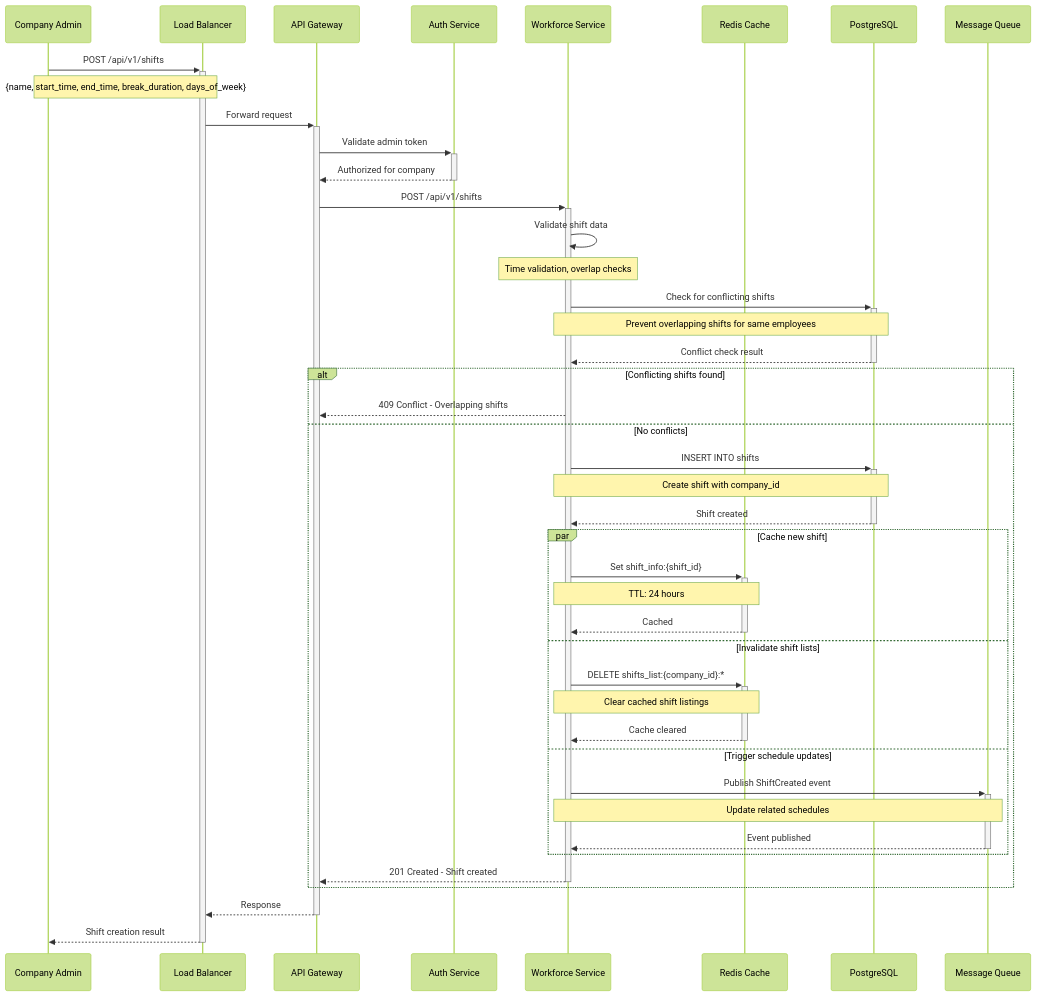
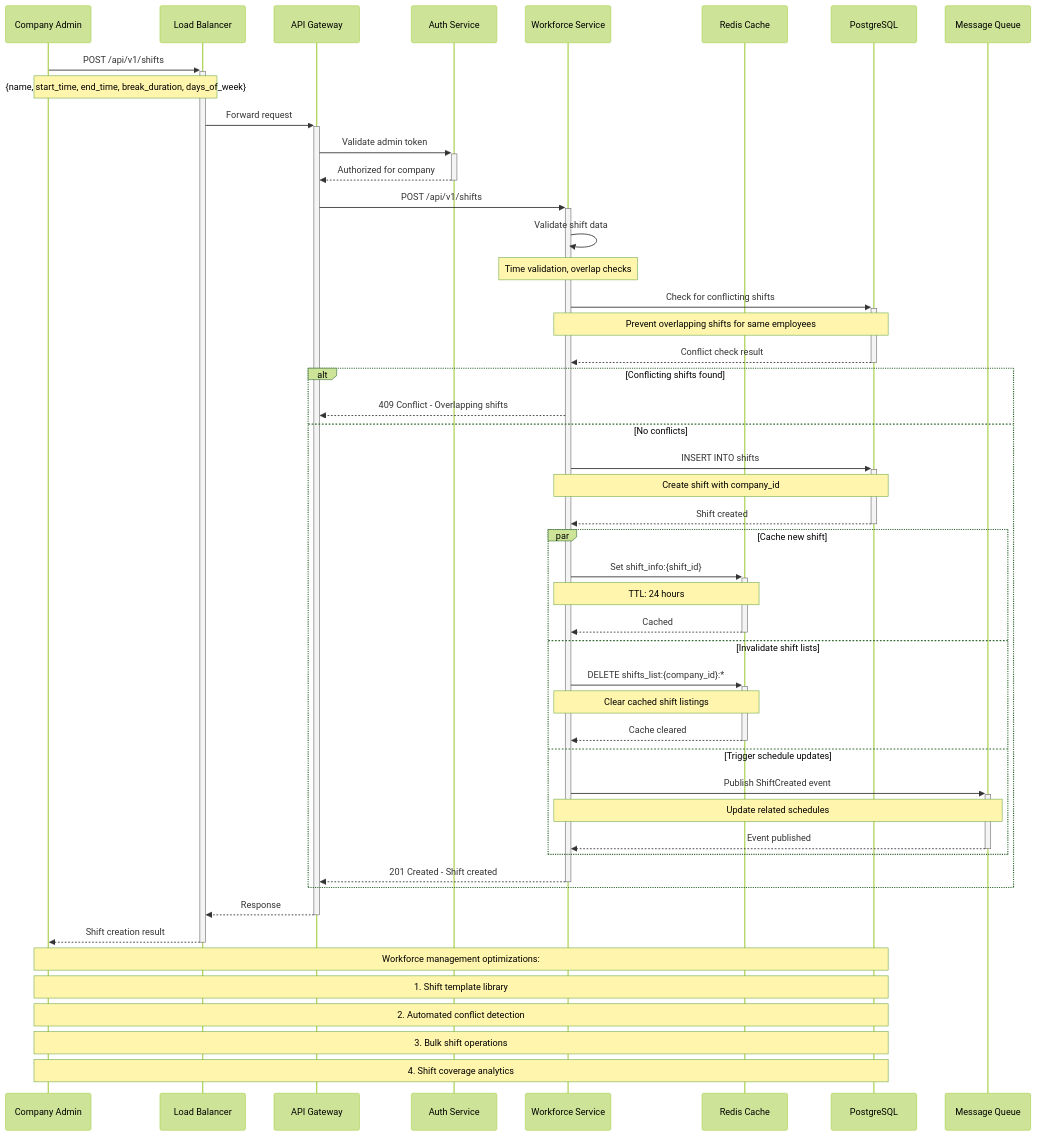
One commit to Youknow2509/cio_verify_face changed the diagram in doc/sequence_diagrams/workforce/create_shift.mmd. Above: the diagram before and after it, drawn with Mermaid (forest theme). The commit also changed 46 other files, not shown here.

```diff
--- a/doc/sequence_diagrams/workforce/create_shift.mmd
+++ b/doc/sequence_diagrams/workforce/create_shift.mmd
@@ -1,52 +1,58 @@
 sequenceDiagram
     participant Admin as Company Admin
     participant LB as Load Balancer
     participant Gateway as API Gateway
     participant Auth as Auth Service
     participant Workforce as Workforce Service
     participant Cache as Redis Cache
     participant DB as PostgreSQL
     participant Queue as Message Queue
 
     Admin->>+LB: POST /api/v1/shifts
     Note over Admin,LB: {name, start_time, end_time, break_duration, days_of_week}
     
     LB->>+Gateway: Forward request
     Gateway->>+Auth: Validate admin token
     Auth-->>-Gateway: Authorized for company
     
     Gateway->>+Workforce: POST /api/v1/shifts
     
     Workforce->>Workforce: Validate shift data
     Note over Workforce: Time validation, overlap checks
     
     Workforce->>+DB: Check for conflicting shifts
     Note over Workforce,DB: Prevent overlapping shifts for same employees
     DB-->>-Workforce: Conflict check result
     
     alt Conflicting shifts found
         Workforce-->>Gateway: 409 Conflict - Overlapping shifts
     else No conflicts
         Workforce->>+DB: INSERT INTO shifts
         Note over Workforce,DB: Create shift with company_id
         DB-->>-Workforce: Shift created
         
         par Cache new shift
             Workforce->>+Cache: Set shift_info:{shift_id}
             Note over Workforce,Cache: TTL: 24 hours
             Cache-->>-Workforce: Cached
         and Invalidate shift lists
             Workforce->>+Cache: DELETE shifts_list:{company_id}:*
             Note over Workforce,Cache: Clear cached shift listings
             Cache-->>-Workforce: Cache cleared
         and Trigger schedule updates
             Workforce->>+Queue: Publish ShiftCreated event
             Note over Workforce,Queue: Update related schedules
             Queue-->>-Workforce: Event published
         end
         
         Workforce-->>-Gateway: 201 Created - Shift created
     end
     
     Gateway-->>-LB: Response
     LB-->>-Admin: Shift creation result
+    
+    Note over Admin,DB: Workforce management optimizations:
+    Note over Admin,DB: 1. Shift template library
+    Note over Admin,DB: 2. Automated conflict detection
+    Note over Admin,DB: 3. Bulk shift operations
+    Note over Admin,DB: 4. Shift coverage analytics
```
